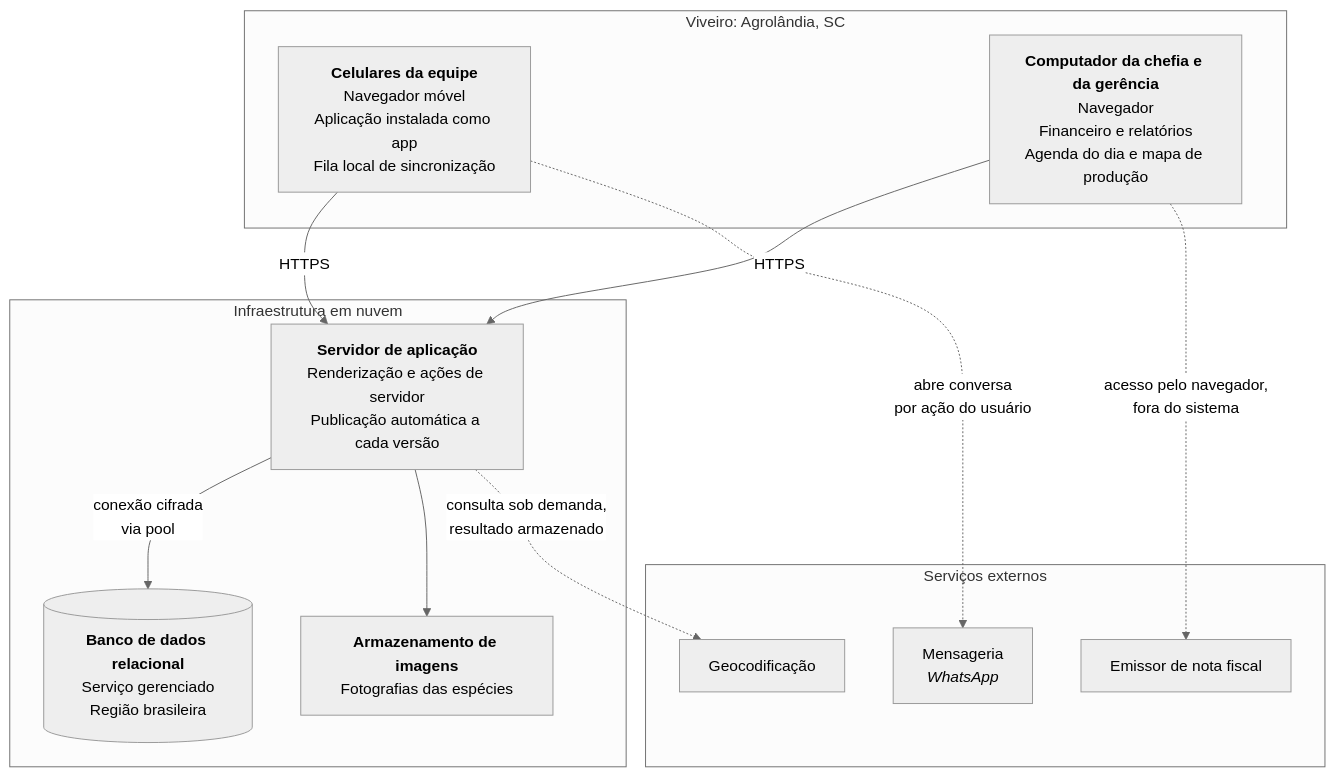
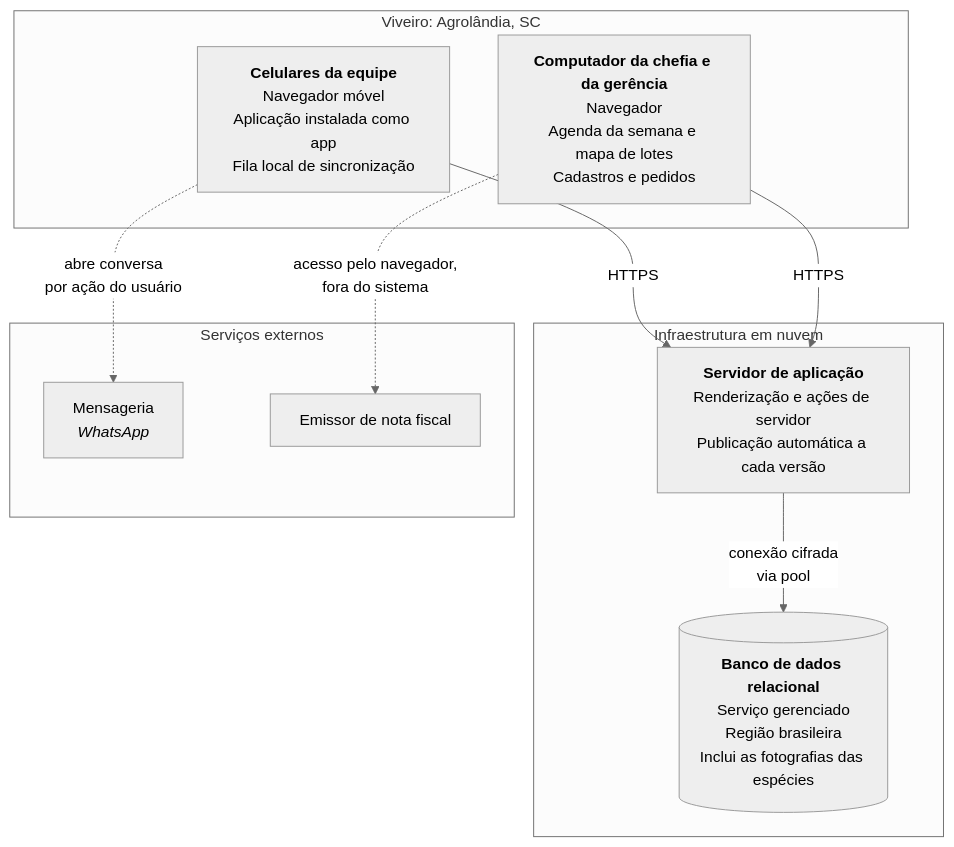
Before and after one commit to JoaoMudar/tcc: the first of 3 diagrams in docs/engenharia/D-arquitetura/D3-diagrama-implantacao.md, drawn with Mermaid (neutral theme). The commit also changed other lines of this file and 3 other files, not shown here.

````diff
--- a/docs/engenharia/D-arquitetura/D3-diagrama-implantacao.md
+++ b/docs/engenharia/D-arquitetura/D3-diagrama-implantacao.md
@@ -14,27 +14,23 @@
 ```mermaid
 graph TB
   subgraph campo["Viveiro: Agrolândia, SC"]
     CEL["<b>Celulares da equipe</b><br/>Navegador móvel<br/>Aplicação instalada como app<br/>Fila local de sincronização"]
-    PC["<b>Computador da chefia e da gerência</b><br/>Navegador<br/>Financeiro e relatórios<br/>Agenda do dia e mapa de produção"]
+    PC["<b>Computador da chefia e da gerência</b><br/>Navegador<br/>Agenda da semana e mapa de lotes<br/>Cadastros e pedidos"]
   end
 
   subgraph nuvem["Infraestrutura em nuvem"]
     APP["<b>Servidor de aplicação</b><br/>Renderização e ações de servidor<br/>Publicação automática a cada versão"]
-    IMG["<b>Armazenamento de imagens</b><br/>Fotografias das espécies"]
-    BD[("<b>Banco de dados relacional</b><br/>Serviço gerenciado<br/>Região brasileira")]
+    BD[("<b>Banco de dados relacional</b><br/>Serviço gerenciado<br/>Região brasileira<br/>Inclui as fotografias das espécies")]
   end
 
   subgraph ext["Serviços externos"]
     WA["Mensageria<br/><i>WhatsApp</i>"]
-    GEO["Geocodificação"]
     NF["Emissor de nota fiscal"]
   end
 
   CEL -->|"HTTPS"| APP
   PC  -->|"HTTPS"| APP
   APP -->|"conexão cifrada<br/>via pool"| BD
-  APP --> IMG
   CEL -.->|"abre conversa<br/>por ação do usuário"| WA
-  APP -.->|"consulta sob demanda,<br/>resultado armazenado"| GEO
   PC  -.->|"acesso pelo navegador,<br/>fora do sistema"| NF
 ```
````
